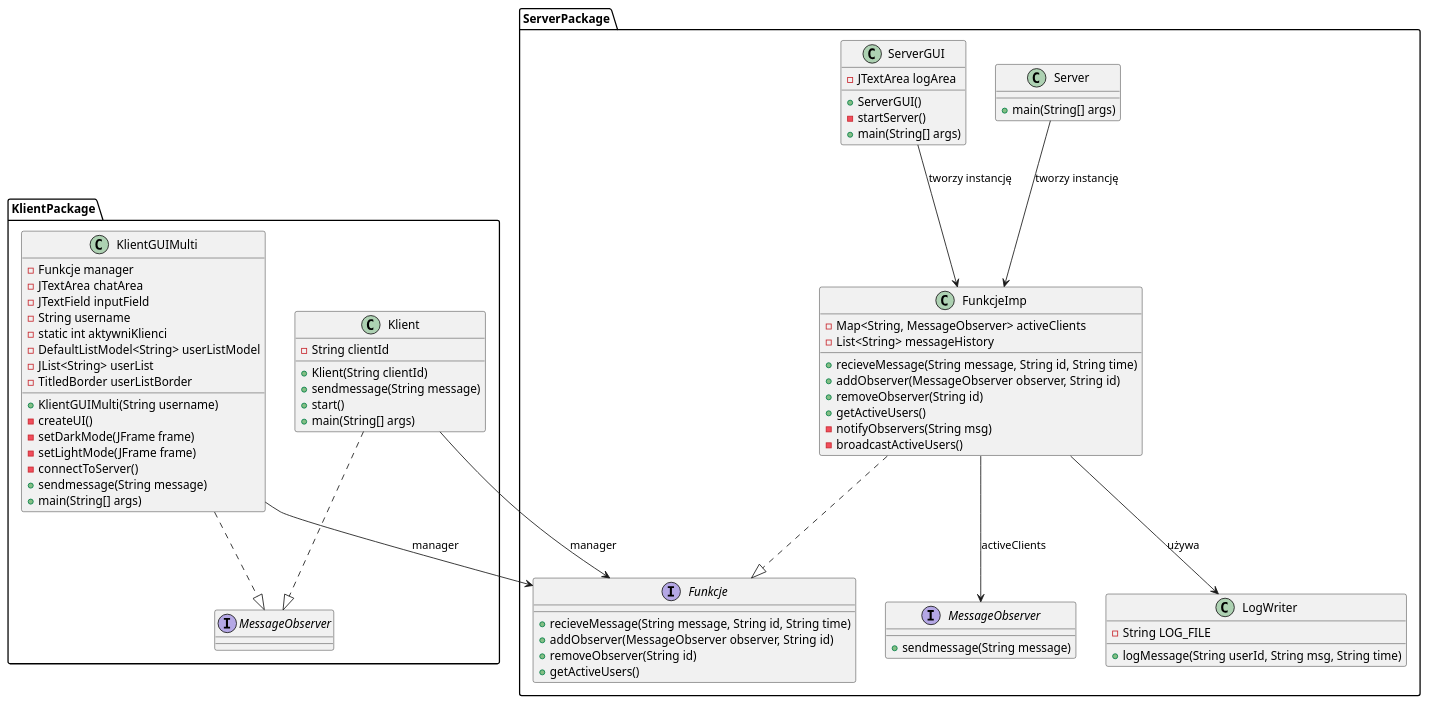
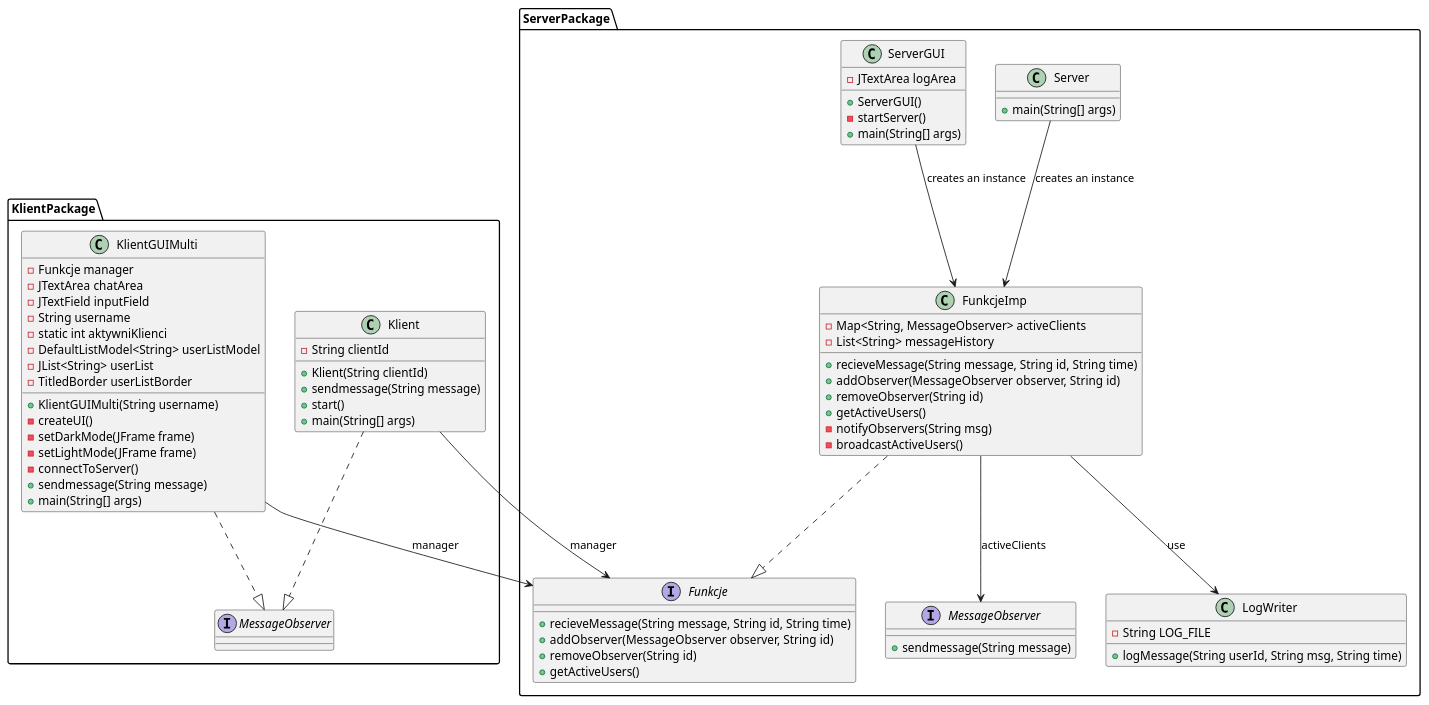
The diagram in diagramklas.puml (MK9011/Java-RMI-Chat), drawn with PlantUML before and after one commit. The commit also changed 1 other file, not shown here.

```diff
--- a/diagramklas.puml
+++ b/diagramklas.puml
@@ -1,85 +1,85 @@
 @startuml
 ' Pakiety
 package KlientPackage {
     class KlientGUIMulti {
         - Funkcje manager
         - JTextArea chatArea
         - JTextField inputField
         - String username
         - static int aktywniKlienci
         - DefaultListModel<String> userListModel
         - JList<String> userList
         - TitledBorder userListBorder
         + KlientGUIMulti(String username)
         - createUI()
         - setDarkMode(JFrame frame)
         - setLightMode(JFrame frame)
         - connectToServer()
         + sendmessage(String message)
         + main(String[] args)
     }
 
     class Klient {
         - String clientId
         + Klient(String clientId)
         + sendmessage(String message)
         + start()
         + main(String[] args)
     }
 
     interface MessageObserver
 
     KlientGUIMulti ..|> MessageObserver
     Klient ..|> MessageObserver
 }
 
 package ServerPackage {
     interface Funkcje {
         + recieveMessage(String message, String id, String time)
         + addObserver(MessageObserver observer, String id)
         + removeObserver(String id)
         + getActiveUsers()
     }
 
     class FunkcjeImp {
         - Map<String, MessageObserver> activeClients
         - List<String> messageHistory
         + recieveMessage(String message, String id, String time)
         + addObserver(MessageObserver observer, String id)
         + removeObserver(String id)
         + getActiveUsers()
         - notifyObservers(String msg)
         - broadcastActiveUsers()
     }
 
     interface MessageObserver {
         + sendmessage(String message)
     }
 
     class Server {
         + main(String[] args)
     }
 
     class ServerGUI {
         - JTextArea logArea
         + ServerGUI()
         - startServer()
         + main(String[] args)
     }
 
     class LogWriter {
         - String LOG_FILE
         + logMessage(String userId, String msg, String time)
     }
 
     FunkcjeImp ..|> Funkcje
     FunkcjeImp --> MessageObserver : activeClients
-    FunkcjeImp --> LogWriter : używa
+    FunkcjeImp --> LogWriter : use
 }
 
 KlientGUIMulti --> Funkcje : manager
 Klient --> Funkcje : manager
-Server --> FunkcjeImp : tworzy instancję
-ServerGUI --> FunkcjeImp : tworzy instancję
+Server --> FunkcjeImp : creates an instance
+ServerGUI --> FunkcjeImp : creates an instance
 
 @enduml
```
